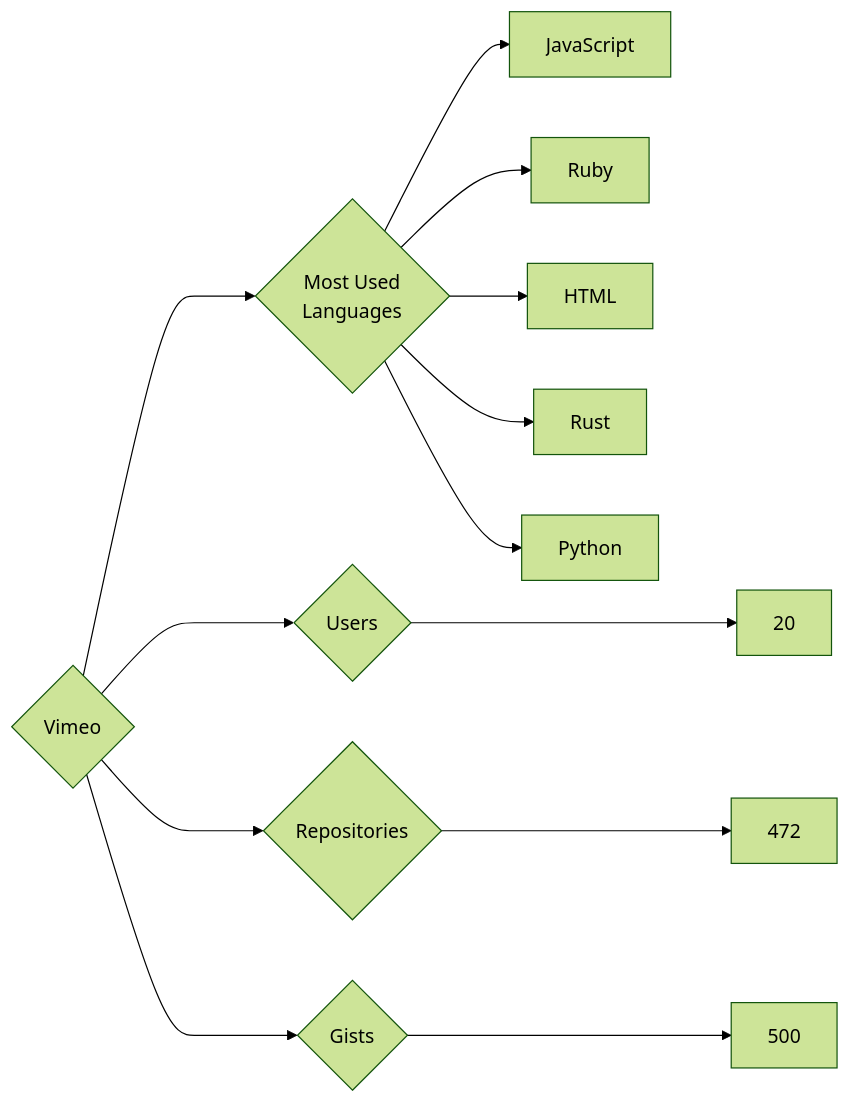
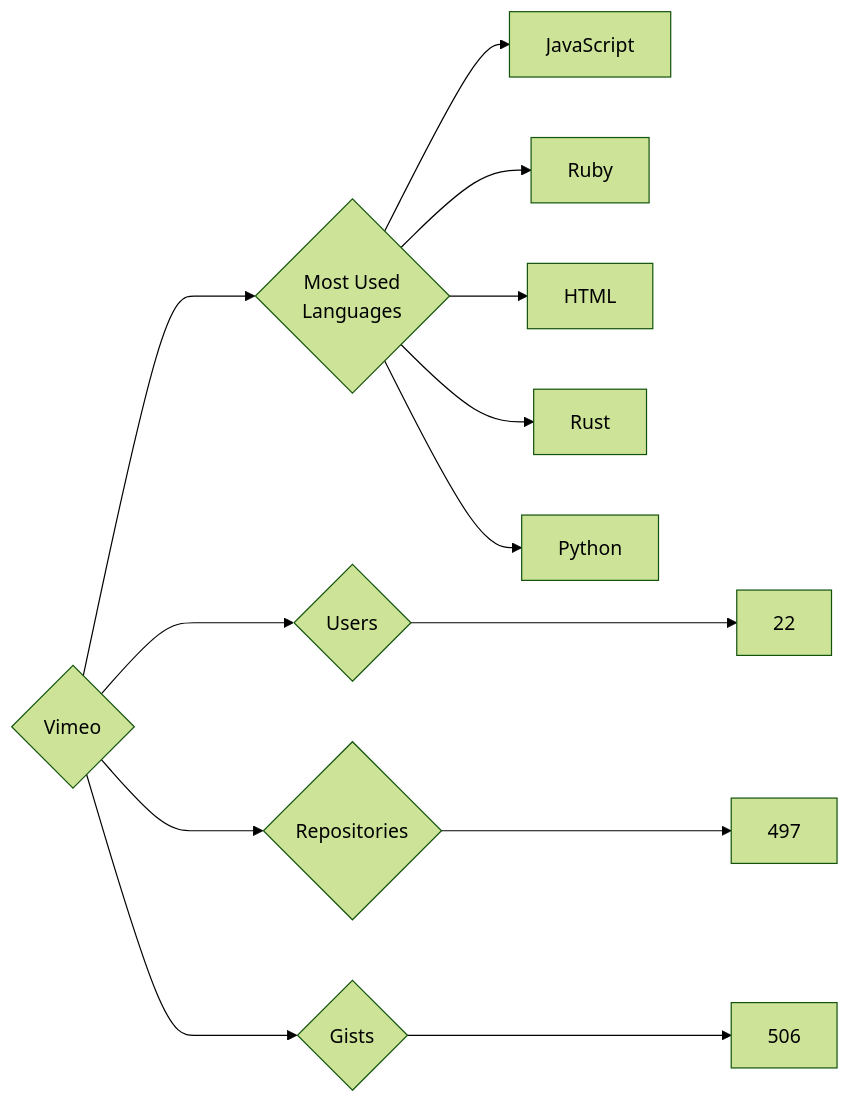
Before and after one commit to trickest/insiders: the diagram in targets/Vimeo/README.md, drawn with Mermaid (forest theme). The commit also changed 928 other files, not shown here.

````diff
--- a/targets/Vimeo/README.md
+++ b/targets/Vimeo/README.md
@@ -3,13 +3,13 @@
 ```mermaid
 graph LR
 COMPANY_NAME{Vimeo}
-COMPANY_NAME ---> U{Users} ---> UN[20]
-COMPANY_NAME ---> R{Repositories} ---> RN[472]
-COMPANY_NAME ---> G{Gists} ---> GN[500]
+COMPANY_NAME ---> U{Users} ---> UN[22]
+COMPANY_NAME ---> R{Repositories} ---> RN[497]
+COMPANY_NAME ---> G{Gists} ---> GN[506]
 COMPANY_NAME ---> ML{Most Used<br>Languages}
 ML --> JavaScript[JavaScript]
 ML --> Ruby[Ruby]
 ML --> HTML[HTML]
 ML --> Rust[Rust]
 ML --> Python[Python]
 ```
````
